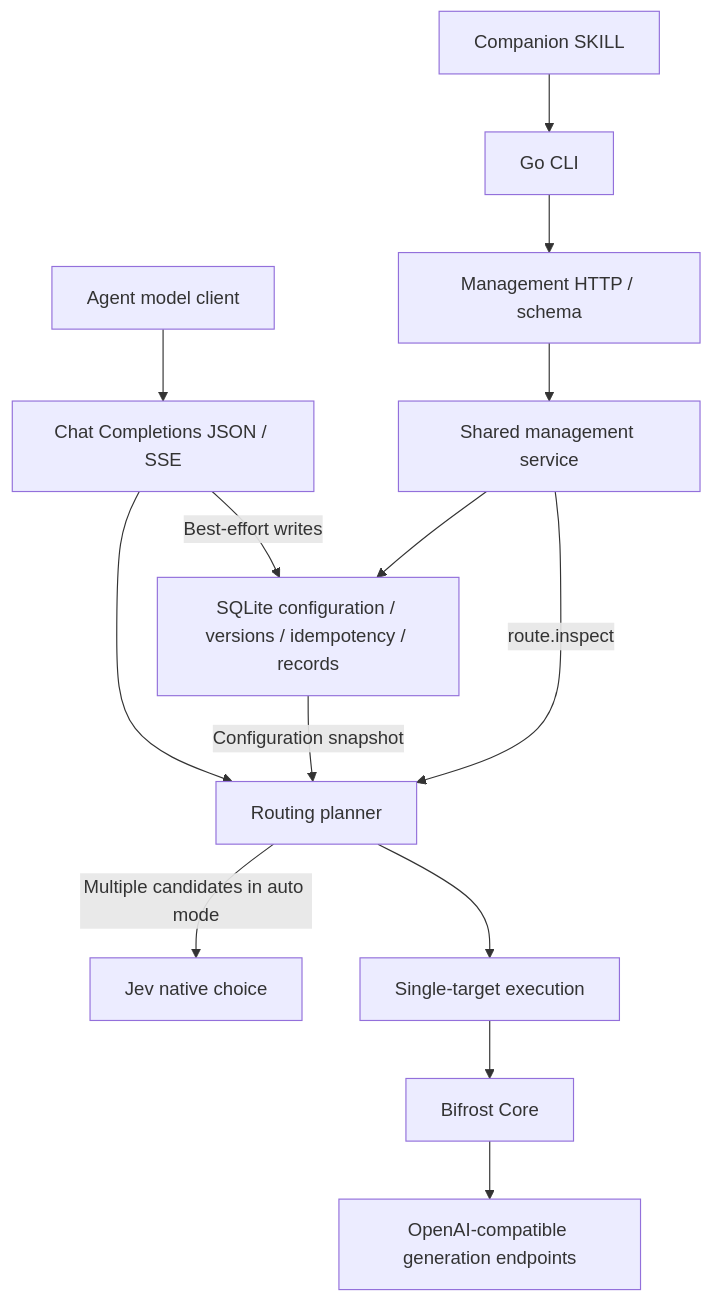
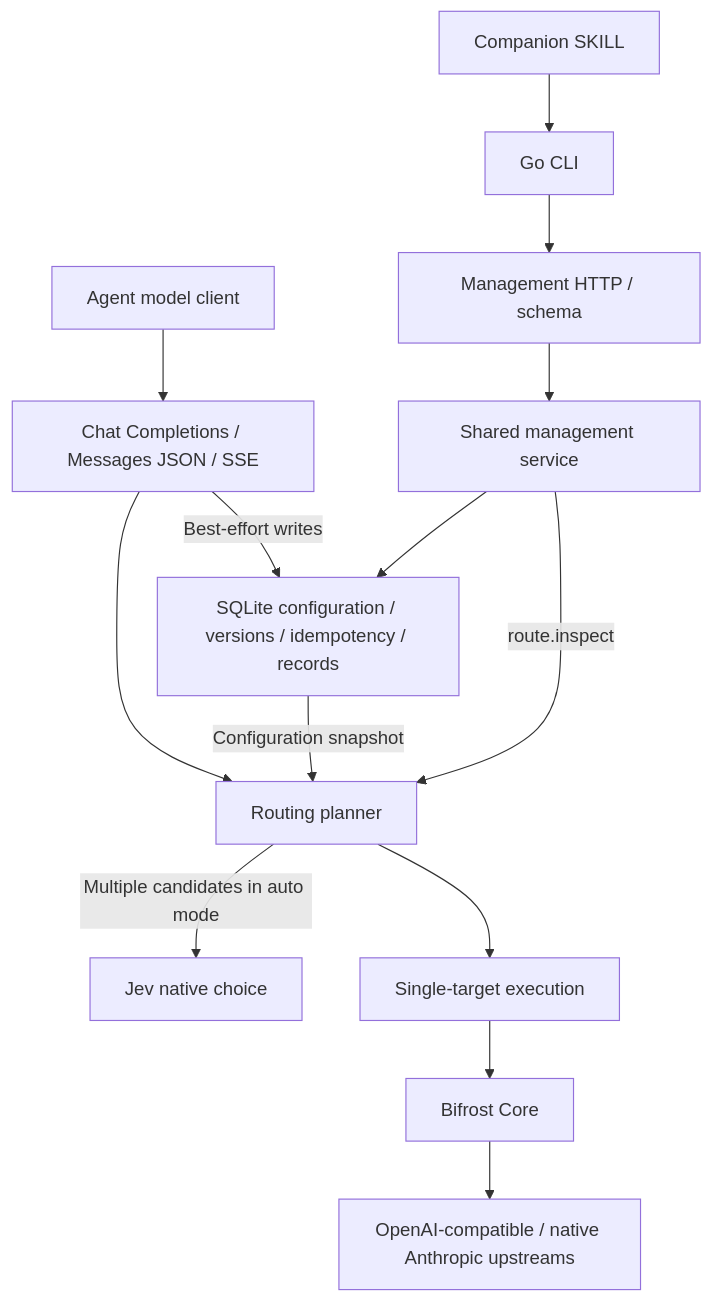
Before and after one commit to zerone-agents/jev-model-router: the diagram in README.md, drawn with Mermaid. The commit also changed other lines of this file and 23 other files, not shown here.

````diff
--- a/README.md
+++ b/README.md
@@ -76,16 +104,16 @@
 ```mermaid
 flowchart TD
-    Agent[Agent model client] --> API[Chat Completions JSON / SSE]
+    Agent[Agent model client] --> API[Chat Completions / Messages JSON / SSE]
     Skill[Companion SKILL] --> CLI[Go CLI]
     CLI --> Admin[Management HTTP / schema]
     Admin --> Management[Shared management service]
     Management --> SQLite[SQLite configuration / versions / idempotency / records]
     Management -->|route.inspect| Planner[Routing planner]
     API --> Planner
     SQLite -->|Configuration snapshot| Planner
     Planner -->|Multiple candidates in auto mode| Jev[Jev native choice]
     Planner --> Executor[Single-target execution]
     Executor --> Bifrost[Bifrost Core]
-    Bifrost --> Models[OpenAI-compatible generation endpoints]
+    Bifrost --> Models[OpenAI-compatible / native Anthropic upstreams]
     API -->|Best-effort writes| SQLite
 ```
````
